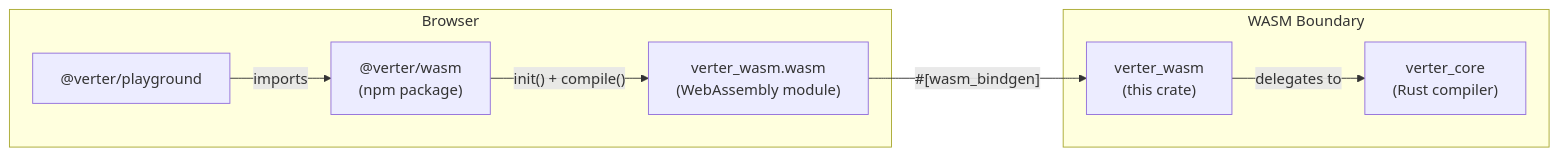
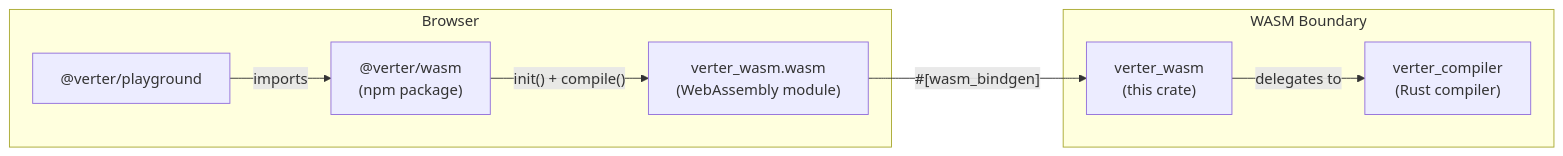
One commit to pikax/verter changed the first of 2 diagrams in crates/verter_wasm/README.md. Above: the diagram before and after it, drawn with Mermaid. The commit also changed other lines of this file and 29 other files, not shown here.

````diff
--- a/crates/verter_wasm/README.md
+++ b/crates/verter_wasm/README.md
@@ -10,12 +10,12 @@
 ```mermaid
 graph LR
     subgraph "Browser"
         A["@verter/playground"] -->|imports| B["@verter/wasm<br/>(npm package)"]
         B -->|"init() + compile()"| C["verter_wasm.wasm<br/>(WebAssembly module)"]
     end
 
     subgraph "WASM Boundary"
         C -->|"#[wasm_bindgen]"| D["verter_wasm<br/>(this crate)"]
-        D -->|delegates to| E["verter_core<br/>(Rust compiler)"]
+        D -->|delegates to| E["verter_compiler<br/>(Rust compiler)"]
     end
 ```
````
